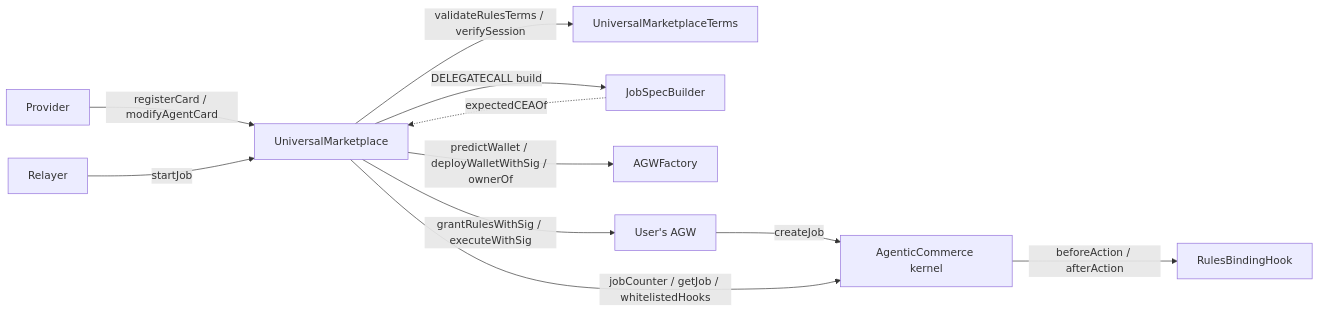
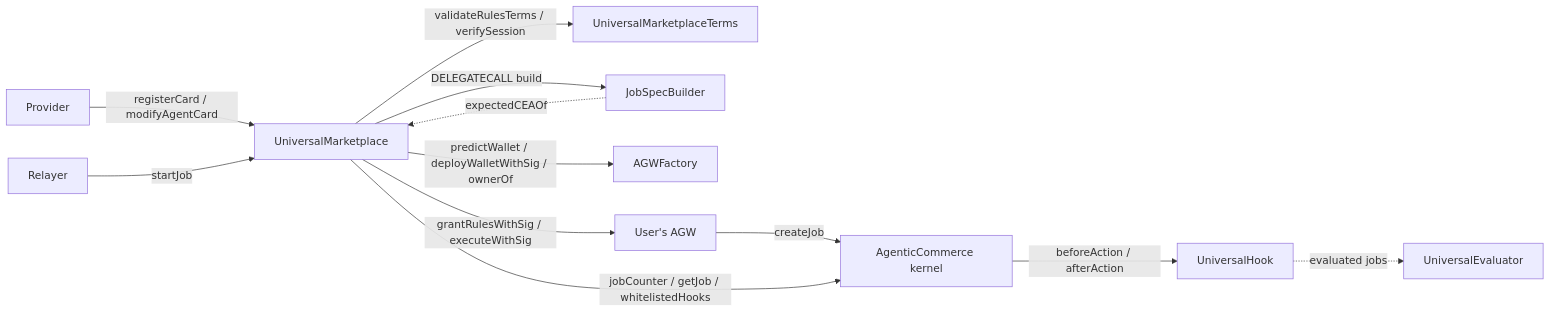
One commit to pushchain/push-chain-core-contracts changed the first of 3 diagrams in docs/universalmarketplace/README.md. Above: the diagram before and after it, drawn with Mermaid. The commit also changed other lines of this file and 2 other files, not shown here.

Commit message:
docs: update universalmarketplace docs to UniversalHook and the current JobSpec

````diff
--- a/docs/universalmarketplace/README.md
+++ b/docs/universalmarketplace/README.md
@@ -92,13 +92,14 @@
 ```mermaid
 flowchart LR
     Provider -- registerCard / modifyAgentCard --> MKT[UniversalMarketplace]
     Relayer -- startJob --> MKT
     MKT -- validateRulesTerms / verifySession --> TERMS[UniversalMarketplaceTerms]
     MKT -- DELEGATECALL build --> JSB[JobSpecBuilder]
     JSB -. expectedCEAOf .-> MKT
     MKT -- predictWallet / deployWalletWithSig / ownerOf --> FACT[AGWFactory]
     MKT -- grantRulesWithSig / executeWithSig --> AGW[User's AGW]
     AGW -- createJob --> KERNEL[AgenticCommerce kernel]
     MKT -- jobCounter / getJob / whitelistedHooks --> KERNEL
-    KERNEL -- beforeAction / afterAction --> HOOK[RulesBindingHook]
+    KERNEL -- beforeAction / afterAction --> HOOK[UniversalHook]
+    HOOK -. evaluated jobs .-> EVAL[UniversalEvaluator]
 ```
````
